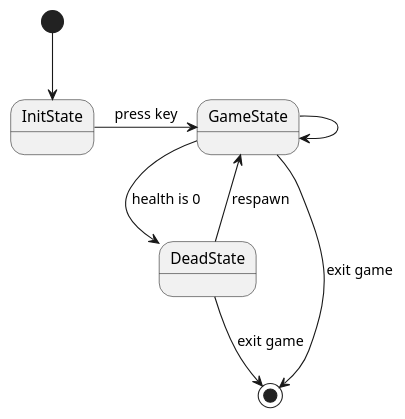
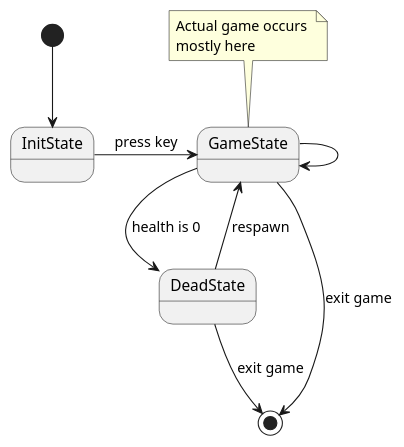
Before and after one commit to asrob-uc3m/robotDevastation-developer-manual: the diagram in en/game-fsm.md, drawn with PlantUML.

Commit message:
Updates en/game-fsm.md
Auto commit by GitBook Editor

```diff
--- a/en/game-fsm.md
+++ b/en/game-fsm.md
@@ -5,11 +5,14 @@
 {% plantuml %}
-
 [*] --> InitState
 InitState -> GameState : press key
 GameState --> GameState
 GameState --> DeadState : health is 0
 GameState --> [*] : exit game
 DeadState --> GameState :  respawn
 DeadState --> [*] : exit game
 
+note top of GameState
+  Actual game occurs 
+  mostly here
+end note
 {% endplantuml %}
```
